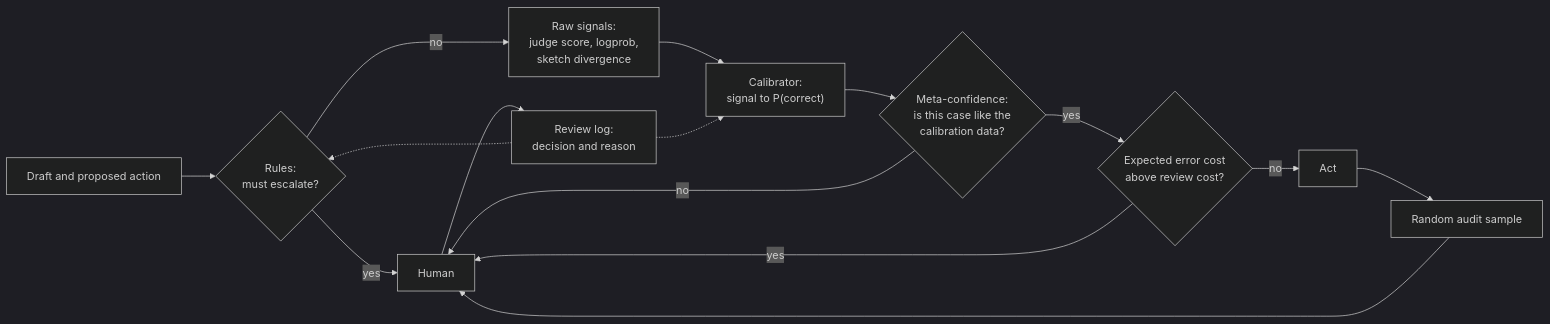
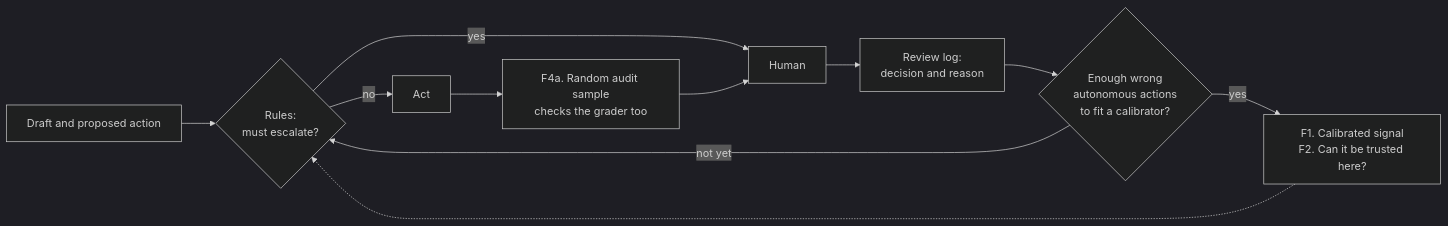
Before and after one commit to raj-champaneriya-ibm/continuous-learning: the third of 5 diagrams in kata-use-cases/FDE curriculum review — November 2026.md, drawn with Mermaid (dark theme). The commit also changed other lines of this file, not shown here.

````diff
--- a/kata-use-cases/FDE curriculum review — November 2026.md
+++ b/kata-use-cases/FDE curriculum review — November 2026.md
@@ -282,17 +180,13 @@
 ```mermaid
 flowchart LR
     A["Draft and proposed action"] --> B{"Rules:<br/>must escalate?"}
     B -- "yes" --> H["Human"]
-    B -- "no" --> C["Raw signals:<br/>judge score, logprob,<br/>sketch divergence"]
-    C --> D["Calibrator:<br/>signal to P(correct)"]
-    D --> E{"Meta-confidence:<br/>is this case like the<br/>calibration data?"}
-    E -- "no" --> H
-    E -- "yes" --> F{"Expected error cost<br/>above review cost?"}
-    F -- "yes" --> H
-    F -- "no" --> G["Act"]
-    G --> R["Random audit sample"]
+    B -- "no" --> G["Act"]
+    G --> R["F4a. Random audit sample<br/>checks the grader too"]
     R --> H
     H --> L["Review log:<br/>decision and reason"]
-    L -.-> D
-    L -.-> B
+    L --> Q{"Enough wrong<br/>autonomous actions<br/>to fit a calibrator?"}
+    Q -- "not yet" --> B
+    Q -- "yes" --> C["F1. Calibrated signal<br/>F2. Can it be trusted here?"]
+    C -.-> B
 ```
````
